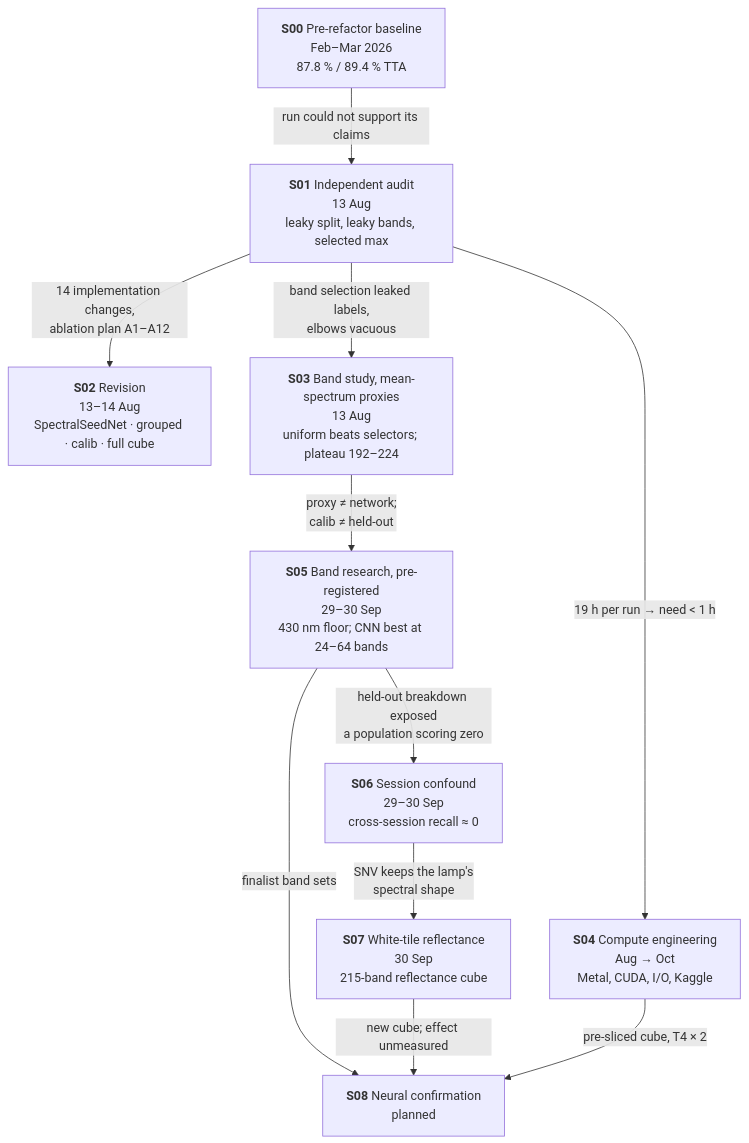
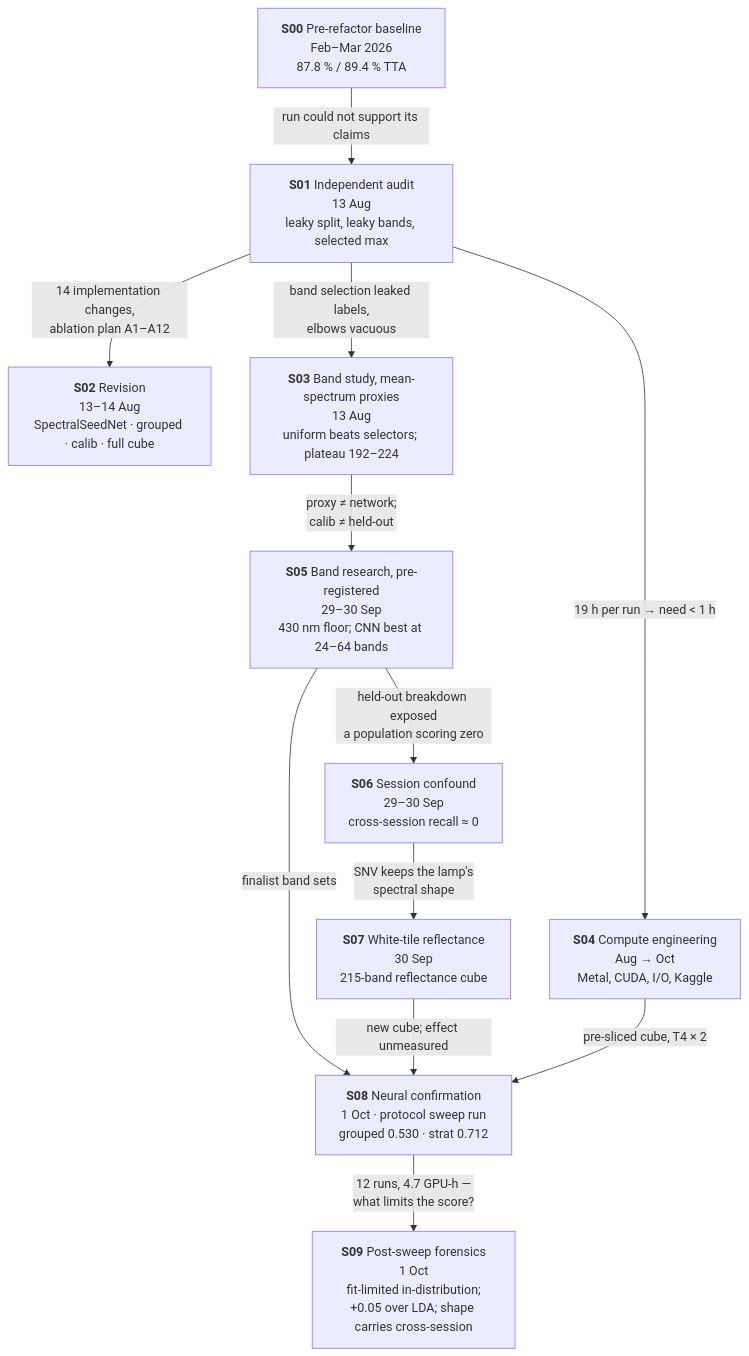
One commit to Jerlshin/HyperSpectral_Seeds changed the diagram in docs/research/TIMELINE.md. Above: the diagram before and after it, drawn with Mermaid. The commit also changed other lines of this file and 46 other files, not shown here.

````diff
--- a/docs/research/TIMELINE.md
+++ b/docs/research/TIMELINE.md
@@ -7,22 +7,24 @@
 ```mermaid
 flowchart TD
     S00["<b>S00</b> Pre-refactor baseline<br/>Feb–Mar 2026<br/>87.8 % / 89.4 % TTA"]
     S01["<b>S01</b> Independent audit<br/>13 Aug<br/>leaky split, leaky bands, selected max"]
     S02["<b>S02</b> Revision<br/>13–14 Aug<br/>SpectralSeedNet · grouped · calib · full cube"]
     S03["<b>S03</b> Band study, mean-spectrum proxies<br/>13 Aug<br/>uniform beats selectors; plateau 192–224"]
     S04["<b>S04</b> Compute engineering<br/>Aug → Oct<br/>Metal, CUDA, I/O, Kaggle"]
     S05["<b>S05</b> Band research, pre-registered<br/>29–30 Sep<br/>430 nm floor; CNN best at 24–64 bands"]
     S06["<b>S06</b> Session confound<br/>29–30 Sep<br/>cross-session recall ≈ 0"]
     S07["<b>S07</b> White-tile reflectance<br/>30 Sep<br/>215-band reflectance cube"]
-    S08["<b>S08</b> Neural confirmation<br/>planned"]
+    S08["<b>S08</b> Neural confirmation<br/>1 Oct · protocol sweep run<br/>grouped 0.530 · strat 0.712"]
+    S09["<b>S09</b> Post-sweep forensics<br/>1 Oct<br/>fit-limited in-distribution;<br/>+0.05 over LDA; shape carries cross-session"]
     S00 -->|"run could not support its claims"| S01
     S01 -->|"14 implementation changes,<br/>ablation plan A1–A12"| S02
     S01 -->|"band selection leaked labels,<br/>elbows vacuous"| S03
     S01 -->|"19 h per run → need &lt; 1 h"| S04
     S03 -->|"proxy ≠ network;<br/>calib ≠ held-out"| S05
     S05 -->|"held-out breakdown exposed<br/>a population scoring zero"| S06
     S06 -->|"SNV keeps the lamp's<br/>spectral shape"| S07
     S05 -->|"finalist band sets"| S08
     S07 -->|"new cube; effect unmeasured"| S08
     S04 -->|"pre-sliced cube, T4 × 2"| S08
+    S08 -->|"12 runs, 4.7 GPU-h —<br/>what limits the score?"| S09
 ```
````
